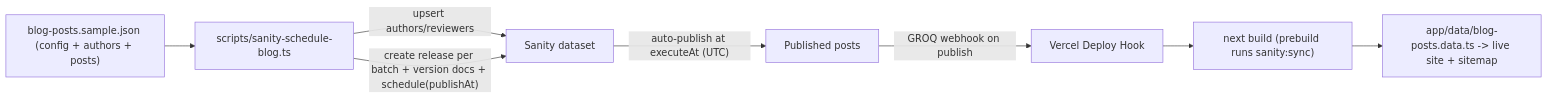
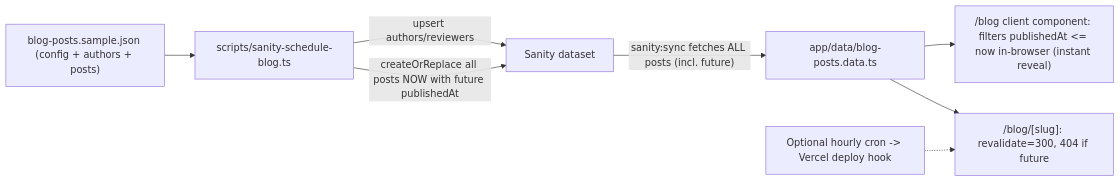
The diagram in .cursor/plans/sanity_blog_scheduling_+_seo_9b36c567.plan.md (ajbfsmith/aspargolabs-demo), drawn with Mermaid before and after one commit. The commit also changed other lines of this file, not shown here.

Commit message:
feat: update Sanity blog scheduling plan to support immediate post publishing with staggered future dates, enhance frontend date filtering, and refine technical SEO implementation

````diff
--- a/.cursor/plans/sanity_blog_scheduling_+_seo_9b36c567.plan.md
+++ b/.cursor/plans/sanity_blog_scheduling_+_seo_9b36c567.plan.md
@@ -49,10 +55,10 @@
 ```mermaid
 flowchart LR
   JSON["blog-posts.sample.json (config + authors + posts)"] --> Script["scripts/sanity-schedule-blog.ts"]
   Script -->|"upsert authors/reviewers"| Sanity["Sanity dataset"]
-  Script -->|"create release per batch + version docs + schedule(publishAt)"| Sanity
-  Sanity -->|"auto-publish at executeAt (UTC)"| Published["Published posts"]
-  Published -->|"GROQ webhook on publish"| Hook["Vercel Deploy Hook"]
-  Hook --> Build["next build (prebuild runs sanity:sync)"]
-  Build --> Static["app/data/blog-posts.data.ts -> live site + sitemap"]
+  Script -->|"createOrReplace all posts NOW with future publishedAt"| Sanity
+  Sanity -->|"sanity:sync fetches ALL posts (incl. future)"| Static["app/data/blog-posts.data.ts"]
+  Static --> Index["/blog client component: filters publishedAt <= now in-browser (instant reveal)"]
+  Static --> Detail["/blog/[slug]: revalidate=300, 404 if future"]
+  Cron["Optional hourly cron -> Vercel deploy hook"] -.-> Detail
 ```
````
